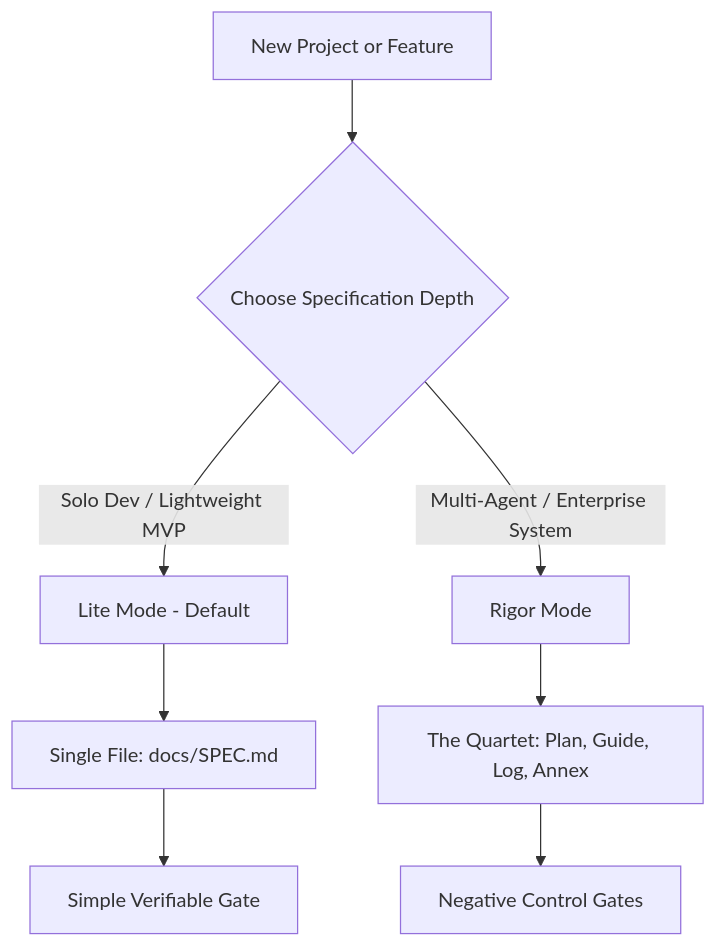
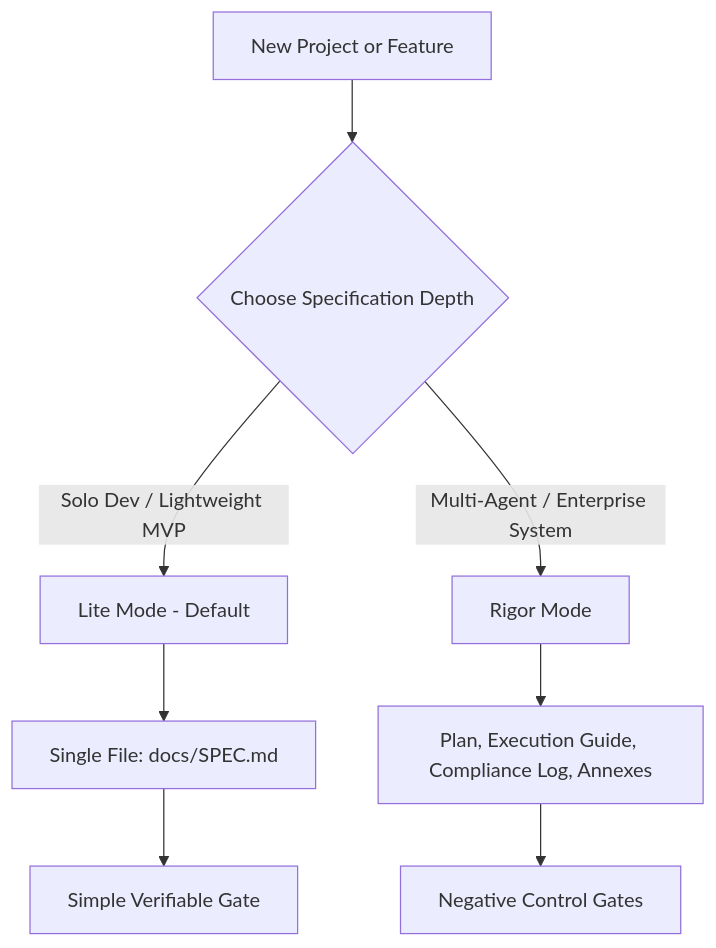
One commit to tBeltty/agentic-sdd-framework changed the second of 2 diagrams in README.md. Above: the diagram before and after it, drawn with Mermaid. The commit also changed other lines of this file and 20 other files, not shown here.

````diff
--- a/README.md
+++ b/README.md
@@ -37,10 +37,10 @@
 ```mermaid
 graph TD
     A[New Project or Feature] --> B{Choose Specification Depth}
     B -->|Solo Dev / Lightweight MVP| C[Lite Mode - Default]
     C --> C1[Single File: docs/SPEC.md]
     C1 --> C2[Simple Verifiable Gate]
     B -->|Multi-Agent / Enterprise System| D[Rigor Mode]
-    D --> D1[The Quartet: Plan, Guide, Log, Annex]
+    D --> D1[Plan, Execution Guide, Compliance Log, Annexes]
     D1 --> D2[Negative Control Gates]
 ```
````
